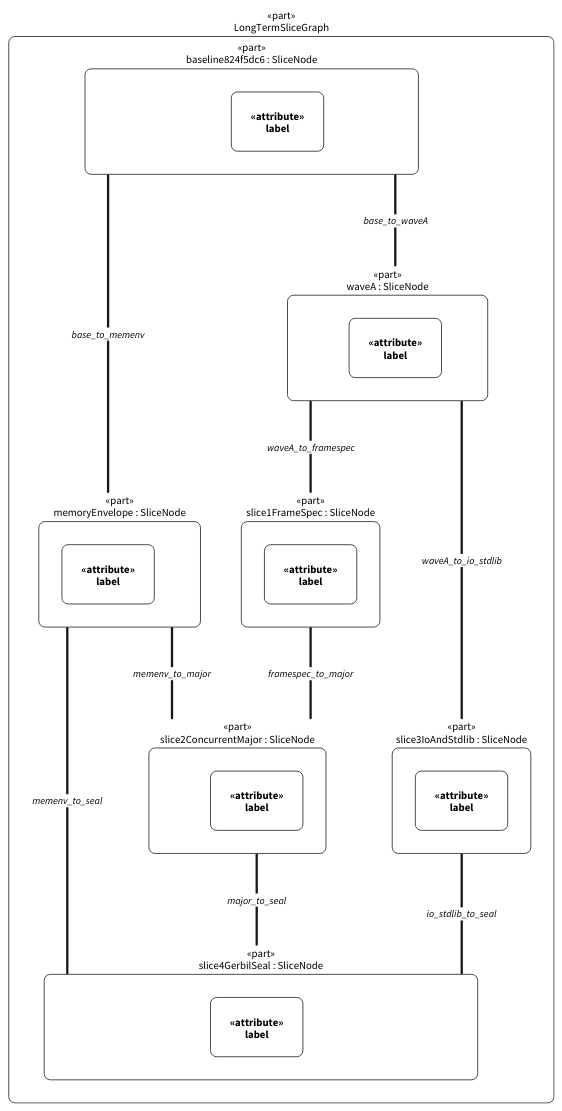
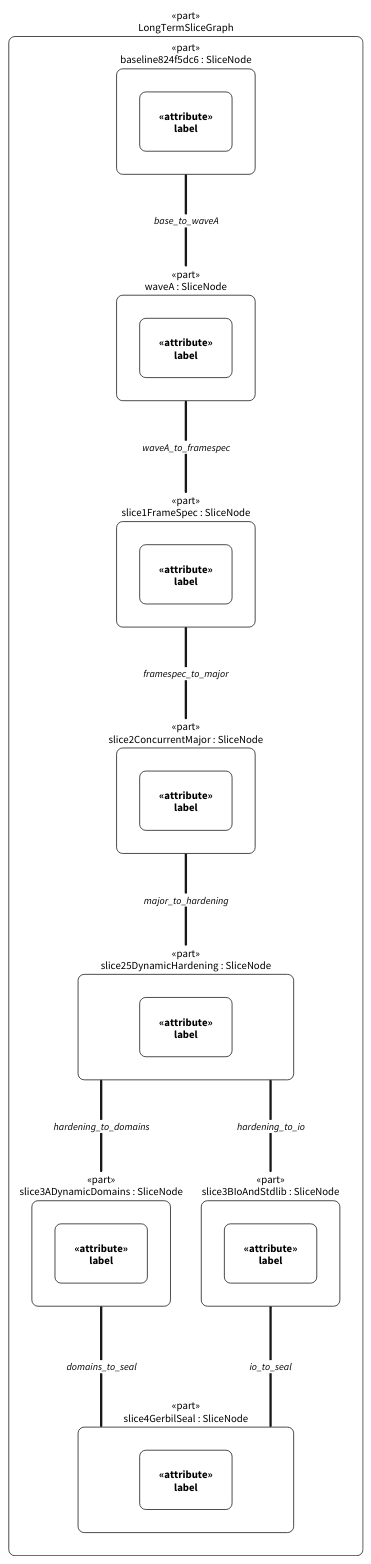
One commit to tao3k/gambit-SMP changed the diagram in dev/refactoring/modern-c/diagrams/longterm-unified-architecture.d2. Above: the diagram before and after it, drawn with D2. The commit also changed 26 other files, not shown here.

```diff
--- a/dev/refactoring/modern-c/diagrams/longterm-unified-architecture.d2
+++ b/dev/refactoring/modern-c/diagrams/longterm-unified-architecture.d2
@@ -1,45 +1,48 @@
 # interconnection rendering (no view declared; rendering GambitLongTermUnifiedArchitecture::LongTermSliceGraph directly)
 classes: {
   usage: { style: { fill: white; stroke: "#181818"; stroke-width: 1; font-color: black; font-size: 14; border-radius: 8 } }
   connection: { style: { stroke: "#181818"; font-size: 13; font-color: black; stroke-width: 3 } }
 }
 n0: "«part»\nLongTermSliceGraph" {
   class: usage
   n1: "«part»\nbaseline824f5dc6 : SliceNode" {
     class: usage
     n2: "«attribute»\nlabel" { class: usage }
   }
-  n3: "«part»\nmemoryEnvelope : SliceNode" {
+  n3: "«part»\nwaveA : SliceNode" {
     class: usage
     n4: "«attribute»\nlabel" { class: usage }
   }
-  n5: "«part»\nwaveA : SliceNode" {
+  n5: "«part»\nslice1FrameSpec : SliceNode" {
     class: usage
     n6: "«attribute»\nlabel" { class: usage }
   }
-  n7: "«part»\nslice1FrameSpec : SliceNode" {
+  n7: "«part»\nslice2ConcurrentMajor : SliceNode" {
     class: usage
     n8: "«attribute»\nlabel" { class: usage }
   }
-  n9: "«part»\nslice2ConcurrentMajor : SliceNode" {
+  n9: "«part»\nslice25DynamicHardening : SliceNode" {
     class: usage
     n10: "«attribute»\nlabel" { class: usage }
   }
-  n11: "«part»\nslice3IoAndStdlib : SliceNode" {
+  n11: "«part»\nslice3ADynamicDomains : SliceNode" {
     class: usage
     n12: "«attribute»\nlabel" { class: usage }
   }
-  n13: "«part»\nslice4GerbilSeal : SliceNode" {
+  n13: "«part»\nslice3BIoAndStdlib : SliceNode" {
     class: usage
     n14: "«attribute»\nlabel" { class: usage }
   }
+  n15: "«part»\nslice4GerbilSeal : SliceNode" {
+    class: usage
+    n16: "«attribute»\nlabel" { class: usage }
+  }
 }
-n0.n1 -- n0.n5: "base_to_waveA" { class: connection }
-n0.n1 -- n0.n3: "base_to_memenv" { class: connection }
-n0.n3 -- n0.n9: "memenv_to_major" { class: connection }
-n0.n3 -- n0.n13: "memenv_to_seal" { class: connection }
-n0.n5 -- n0.n7: "waveA_to_framespec" { class: connection }
-n0.n7 -- n0.n9: "framespec_to_major" { class: connection }
-n0.n5 -- n0.n11: "waveA_to_io_stdlib" { class: connection }
-n0.n9 -- n0.n13: "major_to_seal" { class: connection }
-n0.n11 -- n0.n13: "io_stdlib_to_seal" { class: connection }
+n0.n1 -- n0.n3: "base_to_waveA" { class: connection }
+n0.n3 -- n0.n5: "waveA_to_framespec" { class: connection }
+n0.n5 -- n0.n7: "framespec_to_major" { class: connection }
+n0.n7 -- n0.n9: "major_to_hardening" { class: connection }
+n0.n9 -- n0.n11: "hardening_to_domains" { class: connection }
+n0.n9 -- n0.n13: "hardening_to_io" { class: connection }
+n0.n11 -- n0.n15: "domains_to_seal" { class: connection }
+n0.n13 -- n0.n15: "io_to_seal" { class: connection }
```
